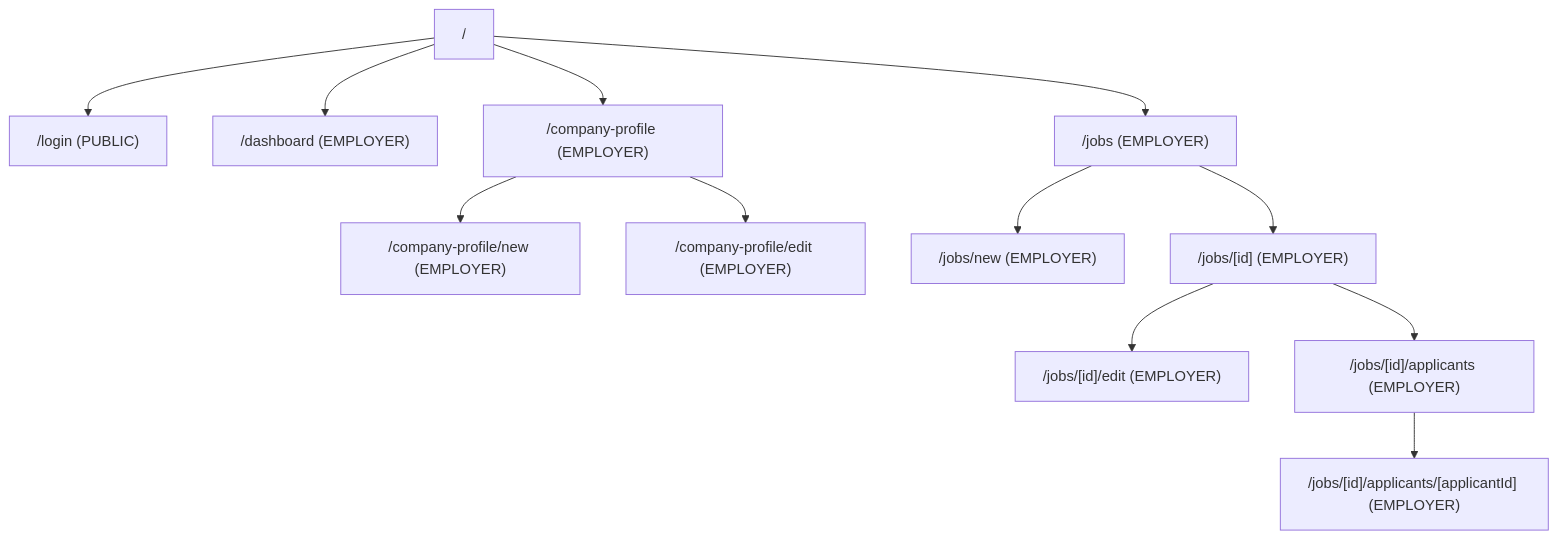
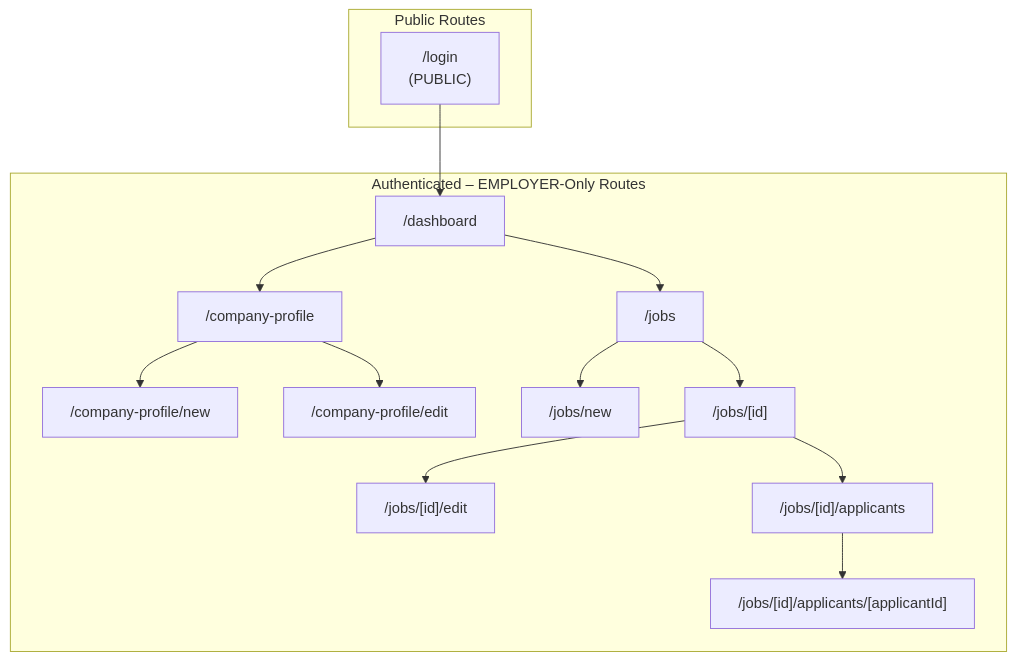
One commit to opathways/web-app changed the diagram in docs/session-2/ia-map.md. Above: the diagram before and after it, drawn with Mermaid. The commit also changed other lines of this file, not shown here.

Commit message:
docs(session-2): fix line length in ia-map.md route table

````diff
--- a/docs/session-2/ia-map.md
+++ b/docs/session-2/ia-map.md
@@ -8,14 +8,31 @@
 ```mermaid
-graph TD
-    A["/"] --> B["/login (PUBLIC)"]
-    A --> C["/dashboard (EMPLOYER)"]
-    A --> D["/company-profile (EMPLOYER)"]
-    D --> D1["/company-profile/new (EMPLOYER)"]
-    D --> D2["/company-profile/edit (EMPLOYER)"]
-    A --> E["/jobs (EMPLOYER)"]
-    E --> E1["/jobs/new (EMPLOYER)"]
-    E --> E2["/jobs/[id] (EMPLOYER)"]
-    E2 --> E2a["/jobs/[id]/edit (EMPLOYER)"]
-    E2 --> E2b["/jobs/[id]/applicants (EMPLOYER)"]
-    E2b --> E2b1["/jobs/[id]/applicants/[applicantId] (EMPLOYER)"]
+flowchart TB
+  subgraph Public [Public Routes]
+    login["/login\n(PUBLIC)"]
+  end
+
+  subgraph Protected [Authenticated – EMPLOYER-Only Routes]
+    dashboard["/dashboard"]
+    companyProfile["/company-profile"]
+    companyNew["/company-profile/new"]
+    companyEdit["/company-profile/edit"]
+    jobsSection["/jobs"]
+    newJob["/jobs/new"]
+    jobDetail["/jobs/[id]"]
+    editJob["/jobs/[id]/edit"]
+    applicantsList["/jobs/[id]/applicants"]
+    applicantProfile["/jobs/[id]/applicants/[applicantId]"]
+
+    dashboard --> companyProfile
+    dashboard --> jobsSection
+    companyProfile --> companyNew
+    companyProfile --> companyEdit
+    jobsSection --> newJob
+    jobsSection --> jobDetail
+    jobDetail --> editJob
+    jobDetail --> applicantsList
+    applicantsList --> applicantProfile
+  end
+
+  login --> dashboard
 ```
````
